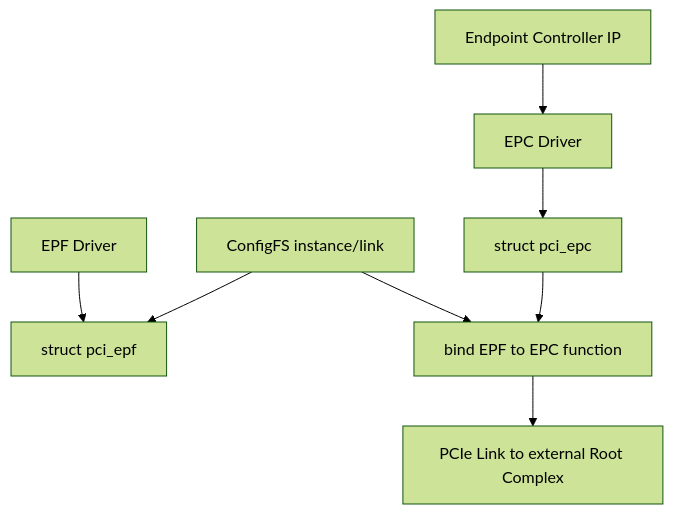
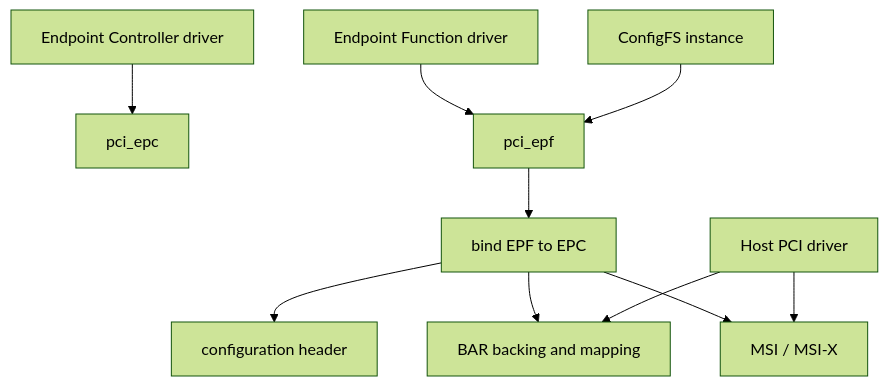
One commit to cdragon-ljl/EEandEdgeAI changed the first of 4 diagrams in docs/articles/pcie/pci-16-linux-pci-endpoint-framework.md. Above: the diagram before and after it, drawn with Mermaid (forest theme). The commit also changed other lines of this file and 4 other files, not shown here.

Commit message:
docs: complete PCIe controller and debugging path

````diff
--- a/docs/articles/pcie/pci-16-linux-pci-endpoint-framework.md
+++ b/docs/articles/pcie/pci-16-linux-pci-endpoint-framework.md
@@ -36,10 +21,12 @@
 ```mermaid
 flowchart TD
-    HW[Endpoint Controller IP] --> EPCD[EPC Driver]
-    EPCD --> EPC[struct pci_epc]
-    EPFD[EPF Driver] --> EPF[struct pci_epf]
-    CFG[ConfigFS instance/link] --> EPF
-    CFG --> BIND[bind EPF to EPC function]
-    EPC --> BIND
-    BIND --> LINK[PCIe Link to external Root Complex]
+    EPCDRV[Endpoint Controller driver] --> EPC[pci_epc]
+    EPFDRV[Endpoint Function driver] --> EPF[pci_epf]
+    CFG[ConfigFS instance] --> EPF
+    EPF --> BIND[bind EPF to EPC]
+    BIND --> HEADER[configuration header]
+    BIND --> BAR[BAR backing and mapping]
+    BIND --> IRQ[MSI / MSI-X]
+    HOST[Host PCI driver] --> BAR
+    HOST --> IRQ
 ```
````
